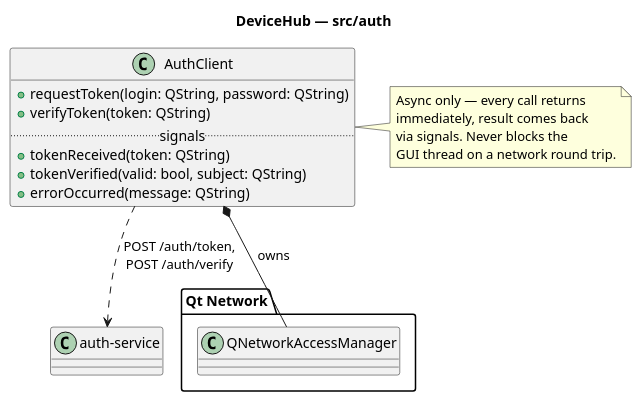
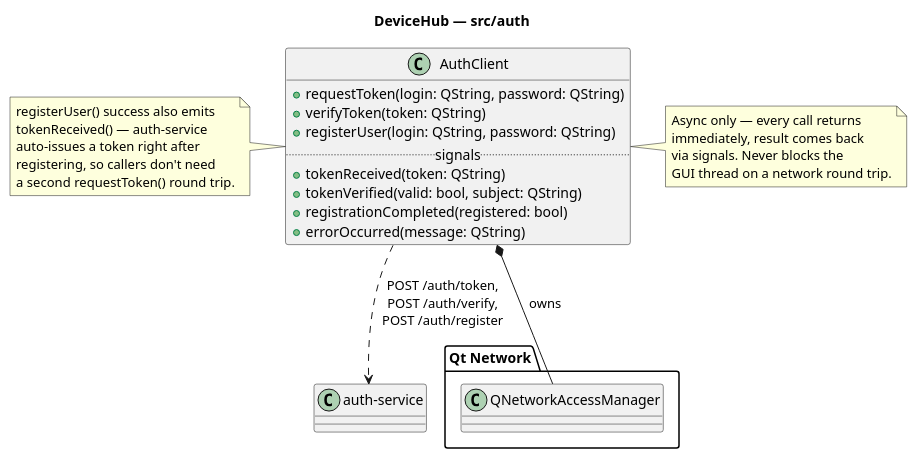
The diagram in docs/diagrams/auth.puml (NekrasovIS/Exp), drawn with PlantUML before and after one commit. The commit also changed 16 other files, not shown here.

First line of the commit message:
[37] Add user registration to DeviceHub's account menu

```diff
--- a/docs/diagrams/auth.puml
+++ b/docs/diagrams/auth.puml
@@ -1,26 +1,36 @@
 @startuml auth
 title DeviceHub — src/auth
 
 package "Qt Network" {
   class QNetworkAccessManager
 }
 
 class AuthClient {
   +requestToken(login: QString, password: QString)
   +verifyToken(token: QString)
+  +registerUser(login: QString, password: QString)
   .. signals ..
   +tokenReceived(token: QString)
   +tokenVerified(valid: bool, subject: QString)
+  +registrationCompleted(registered: bool)
   +errorOccurred(message: QString)
 }
 AuthClient *-- QNetworkAccessManager : owns
-AuthClient ..> "auth-service" : POST /auth/token,\nPOST /auth/verify
+AuthClient ..> "auth-service" : POST /auth/token,\nPOST /auth/verify,\nPOST /auth/register
+
+note left of AuthClient
+  registerUser() success also emits
+  tokenReceived() — auth-service
+  auto-issues a token right after
+  registering, so callers don't need
+  a second requestToken() round trip.
+end note
 
 note right of AuthClient
   Async only — every call returns
   immediately, result comes back
   via signals. Never blocks the
   GUI thread on a network round trip.
 end note
 
 @enduml
```
